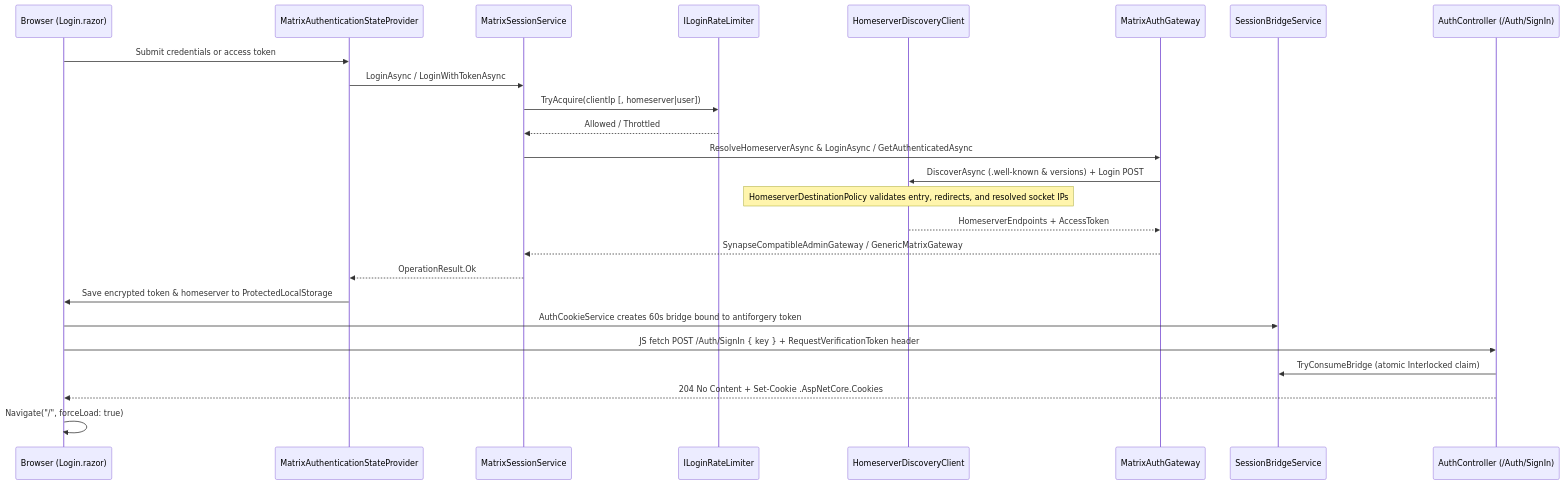
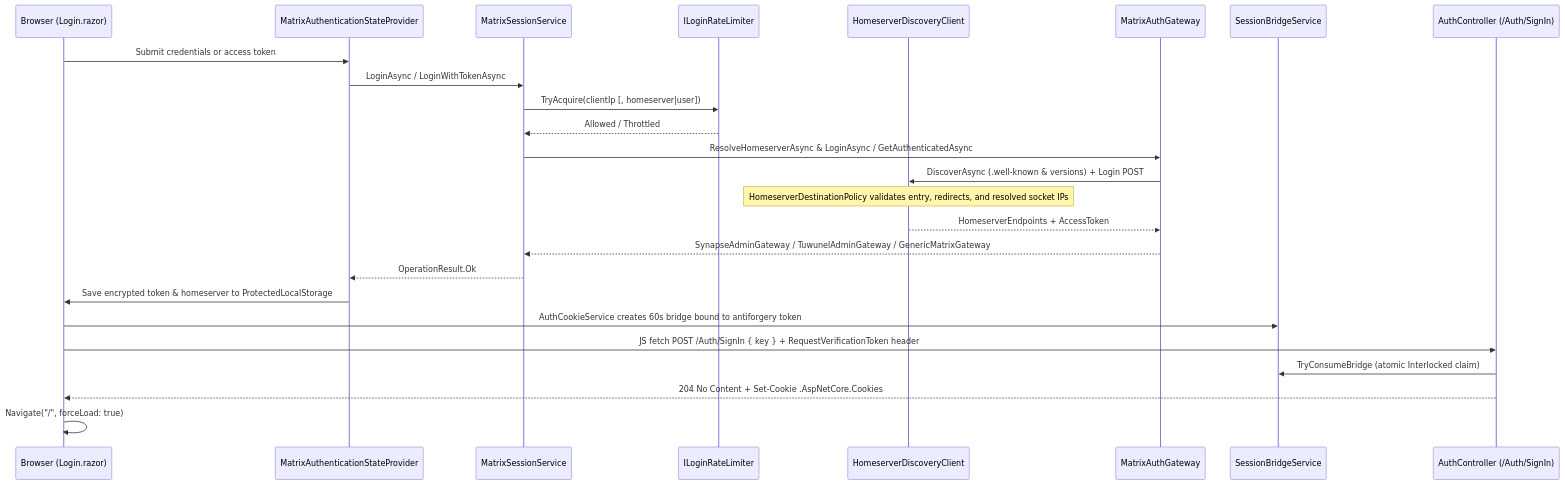
Before and after one commit to benjamin-aicheler/SynapseAdmin.NET: the third of 5 diagrams in ARCHITECTURE.md, drawn with Mermaid. The commit also changed other lines of this file and 2 other files, not shown here.

First line of the commit message:
docs: describe the per-server gateway classes

````diff
--- a/ARCHITECTURE.md
+++ b/ARCHITECTURE.md
@@ -139,28 +139,28 @@
 ```mermaid
 sequenceDiagram
     participant B as Browser (Login.razor)
     participant AuthP as MatrixAuthenticationStateProvider
     participant Sess as MatrixSessionService
     participant RL as ILoginRateLimiter
     participant Disc as HomeserverDiscoveryClient
     participant Gw as MatrixAuthGateway
     participant Br as SessionBridgeService
     participant Ctrl as AuthController (/Auth/SignIn)
 
     B->>AuthP: Submit credentials or access token
     AuthP->>Sess: LoginAsync / LoginWithTokenAsync
     Sess->>RL: TryAcquire(clientIp [, homeserver|user])
     RL-->>Sess: Allowed / Throttled
     Sess->>Gw: ResolveHomeserverAsync & LoginAsync / GetAuthenticatedAsync
     Gw->>Disc: DiscoverAsync (.well-known & versions) + Login POST
     Note over Disc: HomeserverDestinationPolicy validates entry, redirects, and resolved socket IPs
     Disc-->>Gw: HomeserverEndpoints + AccessToken
-    Gw-->>Sess: SynapseCompatibleAdminGateway / GenericMatrixGateway
+    Gw-->>Sess: SynapseAdminGateway / TuwunelAdminGateway / GenericMatrixGateway
     Sess-->>AuthP: OperationResult.Ok
     AuthP->>B: Save encrypted token & homeserver to ProtectedLocalStorage
     B->>Br: AuthCookieService creates 60s bridge bound to antiforgery token
     B->>Ctrl: JS fetch POST /Auth/SignIn { key } + RequestVerificationToken header
     Ctrl->>Br: TryConsumeBridge (atomic Interlocked claim)
     Ctrl-->>B: 204 No Content + Set-Cookie .AspNetCore.Cookies
     B->>B: Navigate("/", forceLoad: true)
 ```
````
